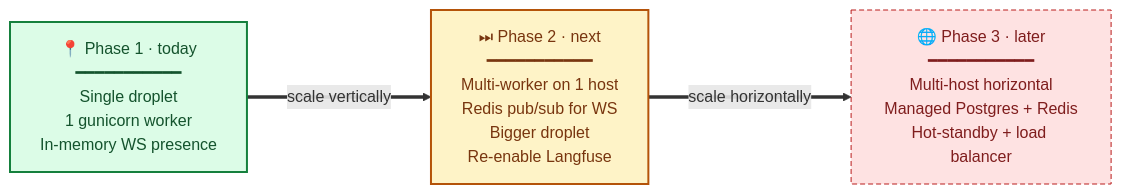
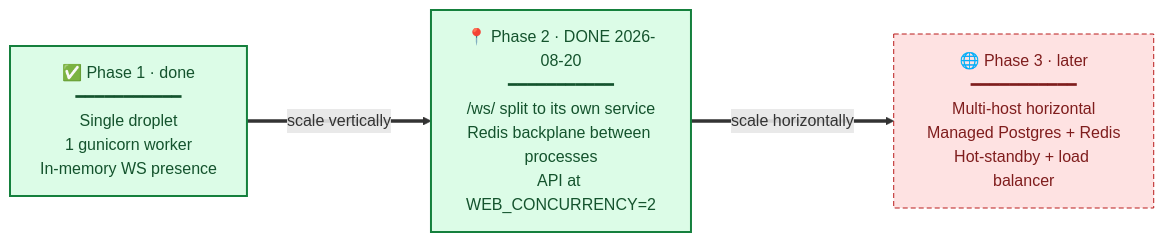
One commit to digibranders/oye-chats-platform changed the diagram in docs/system-design/docs/09-capacity/scaling-plan.md. Above: the diagram before and after it, drawn with Mermaid. The commit also changed other lines of this file and 35 other files, not shown here.

First line of the commit message:
docs(system-design): the architecture site described a system two rewrites old

````diff
--- a/docs/system-design/docs/09-capacity/scaling-plan.md
+++ b/docs/system-design/docs/09-capacity/scaling-plan.md
@@ -11,19 +11,19 @@
 ```mermaid
 ---
 config:
   flowchart:
     nodeSpacing: 60
     rankSpacing: 80
 ---
 flowchart LR
     classDef now fill:#dcfce7,stroke:#15803d,color:#14532d,stroke-width:2px
     classDef next fill:#fef3c7,stroke:#b45309,color:#78350f,stroke-width:2px
     classDef later fill:#fee2e2,stroke:#b91c1c,color:#7f1d1d,stroke-dasharray:5 3
 
-    P1["📍 Phase 1 · today<br/>━━━━━━━━━━━<br/>Single droplet<br/>1 gunicorn worker<br/>In-memory WS presence"]:::now
-    P2["⏭ Phase 2 · next<br/>━━━━━━━━━━━<br/>Multi-worker on 1 host<br/>Redis pub/sub for WS<br/>Bigger droplet<br/>Re-enable Langfuse"]:::next
+    P1["✅ Phase 1 · done<br/>━━━━━━━━━━━<br/>Single droplet<br/>1 gunicorn worker<br/>In-memory WS presence"]:::now
+    P2["📍 Phase 2 · DONE 2026-08-20<br/>━━━━━━━━━━━<br/>/ws/ split to its own service<br/>Redis backplane between processes<br/>API at WEB_CONCURRENCY=2"]:::now
     P3["🌐 Phase 3 · later<br/>━━━━━━━━━━━<br/>Multi-host horizontal<br/>Managed Postgres + Redis<br/>Hot-standby + load balancer"]:::later
 
     P1 == "scale vertically" ==> P2
     P2 == "scale horizontally" ==> P3
 ```
````
